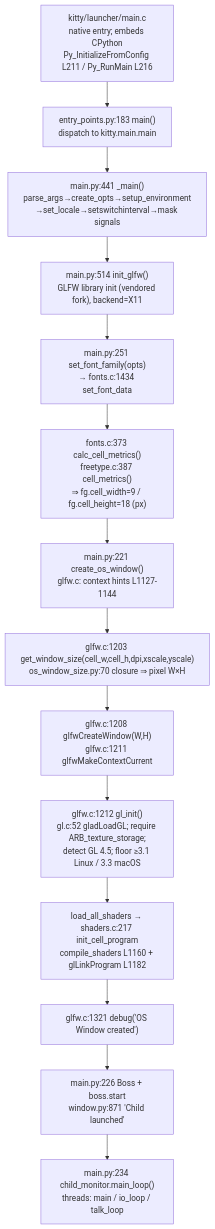
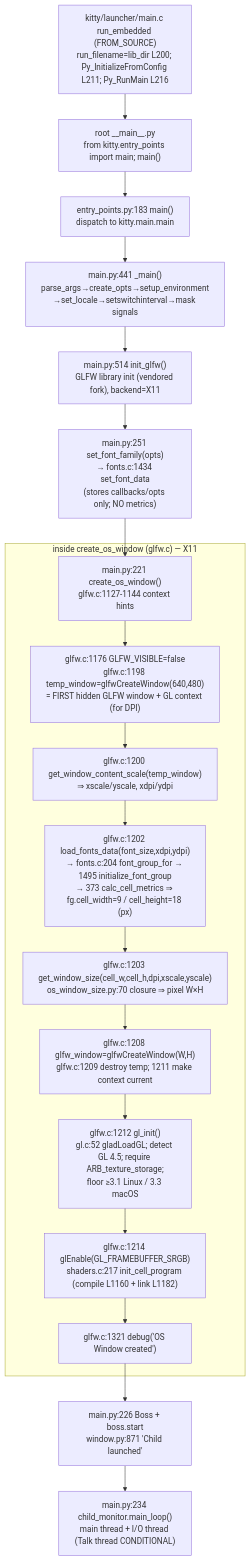
Before and after one commit to blitzy-research/kitty: the diagram in blitzy/documentation/kitty_815df1e210e0.md, drawn with Mermaid. The commit also changed other lines of this file, not shown here.

First line of the commit message:
docs: remediate code-review findings in kitty startup investigation

````diff
--- a/blitzy/documentation/kitty_815df1e210e0.md
+++ b/blitzy/documentation/kitty_815df1e210e0.md
@@ -224,18 +423,22 @@
 ```mermaid
 flowchart TD
-    A["kitty/launcher/main.c<br/>native entry; embeds CPython<br/>Py_InitializeFromConfig L211 / Py_RunMain L216"]
-      --> B["entry_points.py:183 main()<br/>dispatch to kitty.main.main"]
+    A["kitty/launcher/main.c run_embedded (FROM_SOURCE)<br/>run_filename=lib_dir L200; Py_InitializeFromConfig L211; Py_RunMain L216"] --> RM["root __main__.py<br/>from kitty.entry_points import main; main()"]
+    RM --> B["entry_points.py:183 main()<br/>dispatch to kitty.main.main"]
     B --> C["main.py:441 _main()<br/>parse_args→create_opts→setup_environment<br/>→set_locale→setswitchinterval→mask signals"]
     C --> D["main.py:514 init_glfw()<br/>GLFW library init (vendored fork), backend=X11"]
-    D --> E["main.py:251 set_font_family(opts)<br/>→ fonts.c:1434 set_font_data"]
-    E --> F["fonts.c:373 calc_cell_metrics()<br/>freetype.c:387 cell_metrics()<br/>⇒ fg.cell_width=9 / fg.cell_height=18 (px)"]
-    F --> G["main.py:221 create_os_window()<br/>glfw.c: context hints L1127-1144"]
-    G --> H["glfw.c:1203 get_window_size(cell_w,cell_h,dpi,xscale,yscale)<br/>os_window_size.py:70 closure ⇒ pixel W×H"]
-    H --> I["glfw.c:1208 glfwCreateWindow(W,H)<br/>glfw.c:1211 glfwMakeContextCurrent"]
-    I --> J["glfw.c:1212 gl_init()<br/>gl.c:52 gladLoadGL; require ARB_texture_storage;<br/>detect GL 4.5; floor ≥3.1 Linux / 3.3 macOS"]
-    J --> K["load_all_shaders → shaders.c:217 init_cell_program<br/>compile_shaders L1160 + glLinkProgram L1182"]
-    K --> L["glfw.c:1321 debug('OS Window created')"]
+    D --> E["main.py:251 set_font_family(opts)<br/>→ fonts.c:1434 set_font_data<br/>(stores callbacks/opts only; NO metrics)"]
+    E --> G["main.py:221 create_os_window()<br/>glfw.c:1127-1144 context hints"]
+    subgraph COW["inside create_os_window (glfw.c) — X11"]
+      G --> T["glfw.c:1176 GLFW_VISIBLE=false<br/>glfw.c:1198 temp_window=glfwCreateWindow(640,480)<br/>= FIRST hidden GLFW window + GL context (for DPI)"]
+      T --> SC["glfw.c:1200 get_window_content_scale(temp_window)<br/>⇒ xscale/yscale, xdpi/ydpi"]
+      SC --> F["glfw.c:1202 load_fonts_data(font_size,xdpi,ydpi)<br/>→ fonts.c:204 font_group_for → 1495 initialize_font_group<br/>→ 373 calc_cell_metrics ⇒ fg.cell_width=9 / cell_height=18 (px)"]
+      F --> H["glfw.c:1203 get_window_size(cell_w,cell_h,dpi,xscale,yscale)<br/>os_window_size.py:70 closure ⇒ pixel W×H"]
+      H --> I["glfw.c:1208 glfw_window=glfwCreateWindow(W,H)<br/>glfw.c:1209 destroy temp; 1211 make context current"]
+      I --> J["glfw.c:1212 gl_init()<br/>gl.c:52 gladLoadGL; detect GL 4.5; require ARB_texture_storage;<br/>floor ≥3.1 Linux / 3.3 macOS"]
+      J --> K["glfw.c:1214 glEnable(GL_FRAMEBUFFER_SRGB)<br/>shaders.c:217 init_cell_program (compile L1160 + link L1182)"]
+      K --> L["glfw.c:1321 debug('OS Window created')"]
+    end
     L --> M["main.py:226 Boss + boss.start<br/>window.py:871 'Child launched'"]
-    M --> N["main.py:234 child_monitor.main_loop()<br/>threads: main / io_loop / talk_loop"]
-    %% Font cell metrics (F) are computed BEFORE the window/GPU (G–I) and feed sizing (H)
+    M --> N["main.py:234 child_monitor.main_loop()<br/>main thread + I/O thread (Talk thread CONDITIONAL)"]
+    %% Cell metrics (F) are computed AFTER the hidden temp GPU context (T,SC) and feed sizing (H)
 ```
````
